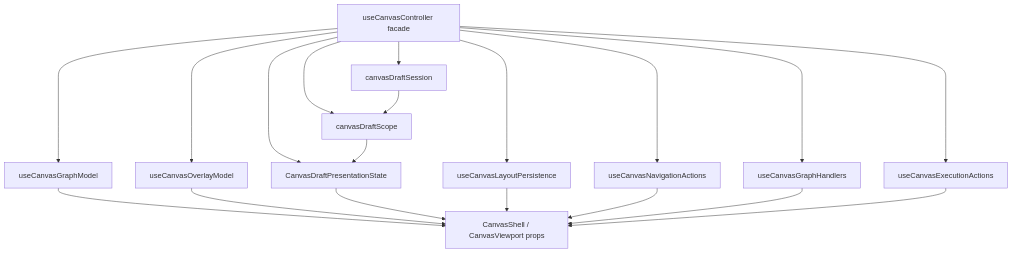
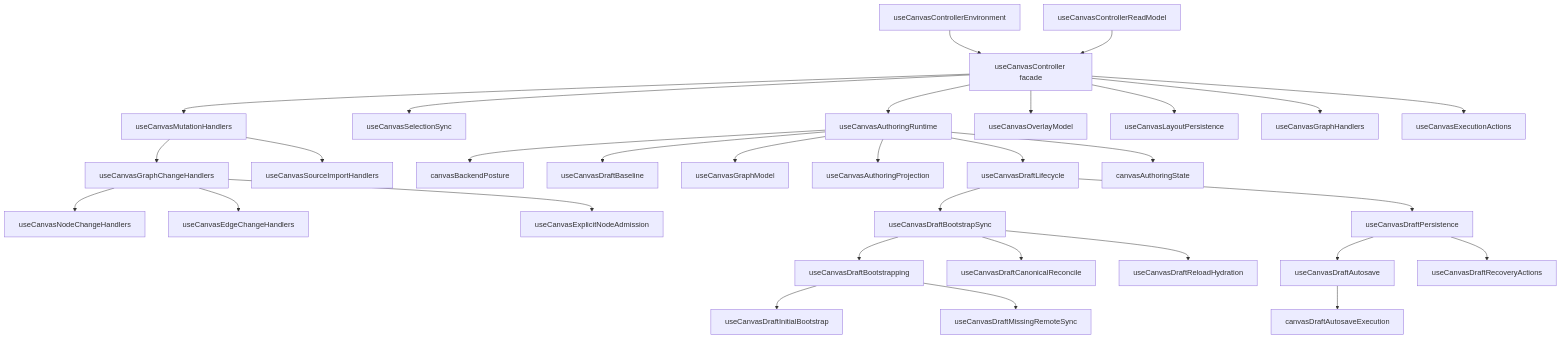
Before and after one commit to dunay2/dvt: the second of 2 diagrams in docs/architecture/components/web/graph/canvas-controller-current-to-target-architecture.md, drawn with Mermaid. The commit also changed other lines of this file and 49 other files, not shown here.

Commit message:
refactor(web): Decompose canvas controller and lifecycle seams

````diff
--- a/docs/architecture/components/web/graph/canvas-controller-current-to-target-architecture.md
+++ b/docs/architecture/components/web/graph/canvas-controller-current-to-target-architecture.md
@@ -186,22 +326,35 @@
 ```mermaid
 flowchart TB
-  Controller["useCanvasController facade"] --> GraphModel["useCanvasGraphModel"]
-  Controller --> DraftSession["canvasDraftSession"]
-  Controller --> DraftScope["canvasDraftScope"]
-  Controller --> Presentation["CanvasDraftPresentationState"]
-  Controller --> OverlayModel["useCanvasOverlayModel"]
-  Controller --> Persistence["useCanvasLayoutPersistence"]
-  Controller --> Navigation["useCanvasNavigationActions"]
+  Environment["useCanvasControllerEnvironment"] --> Controller["useCanvasController facade"]
+  ReadModel["useCanvasControllerReadModel"] --> Controller
+  Controller["useCanvasController facade"] --> Runtime["useCanvasAuthoringRuntime"]
+  Controller --> Selection["useCanvasSelectionSync"]
+  Controller --> Mutations["useCanvasMutationHandlers"]
+  Controller --> Overlay["useCanvasOverlayModel"]
+  Controller --> Layout["useCanvasLayoutPersistence"]
   Controller --> Handlers["useCanvasGraphHandlers"]
   Controller --> Execution["useCanvasExecutionActions"]
+  Mutations --> GraphChanges["useCanvasGraphChangeHandlers"]
+  GraphChanges --> NodeChanges["useCanvasNodeChangeHandlers"]
+  GraphChanges --> EdgeChanges["useCanvasEdgeChangeHandlers"]
+  GraphChanges --> ExplicitNode["useCanvasExplicitNodeAdmission"]
+  Mutations --> SourceImport["useCanvasSourceImportHandlers"]
 
-  GraphModel --> Output["CanvasShell / CanvasViewport props"]
-  DraftSession --> DraftScope
-  DraftScope --> Presentation
-  OverlayModel --> Output
-  Presentation --> Output
-  Persistence --> Output
-  Navigation --> Output
-  Handlers --> Output
-  Execution --> Output
+  Runtime --> Backend["canvasBackendPosture"]
+  Runtime --> DraftBaseline["useCanvasDraftBaseline"]
+  Runtime --> GraphModel["useCanvasGraphModel"]
+  Runtime --> AuthoringProjection["useCanvasAuthoringProjection"]
+  Runtime --> Lifecycle["useCanvasDraftLifecycle"]
+  Runtime --> Authoring["canvasAuthoringState"]
+
+  Lifecycle --> Bootstrap["useCanvasDraftBootstrapSync"]
+  Lifecycle --> Persistence["useCanvasDraftPersistence"]
+  Bootstrap --> DraftBootstrap["useCanvasDraftBootstrapping"]
+  DraftBootstrap --> InitialBootstrap["useCanvasDraftInitialBootstrap"]
+  DraftBootstrap --> MissingRemote["useCanvasDraftMissingRemoteSync"]
+  Bootstrap --> DraftReconcile["useCanvasDraftCanonicalReconcile"]
+  Bootstrap --> ReloadHydration["useCanvasDraftReloadHydration"]
+  Persistence --> Autosave["useCanvasDraftAutosave"]
+  Autosave --> AutosaveExecution["canvasDraftAutosaveExecution"]
+  Persistence --> Recovery["useCanvasDraftRecoveryActions"]
 ```
````
